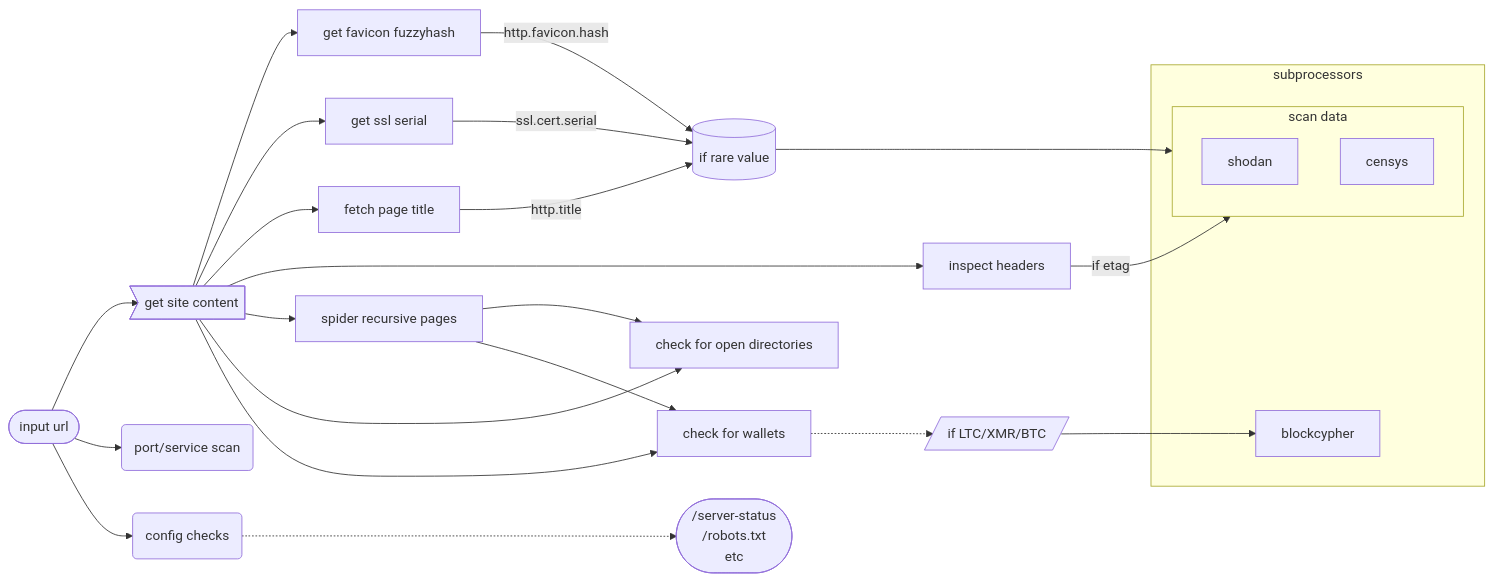
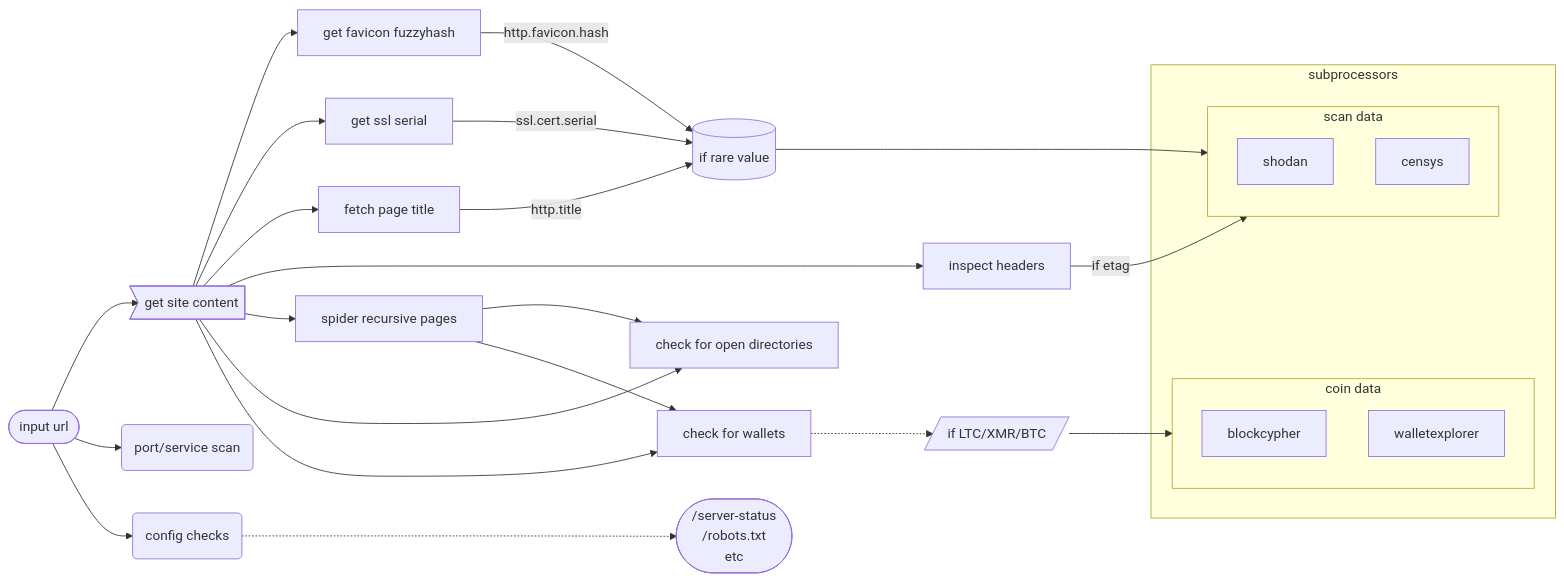
The diagram in README.md (joshhighet/bebop), drawn with Mermaid before and after one commit.

````diff
--- a/README.md
+++ b/README.md
@@ -11,34 +11,37 @@
 ```mermaid
 graph LR
     subgraph subprocessors
-    blockcypher
+        subgraph cryptocurrency[coin data]
+        blockcypher
+        walletexplorer
+        end
         subgraph netscans[scan data]
         shodan
         censys
         end
     end
     lookupsaver[(if rare value)]
     opndir[check for open directories]
     cryptoc[check for wallets]
     checks([/server-status\n/robots.txt\netc])
     anchor([input url]) -->mainget>get site content]
     anchor --> scan(port/service scan)
     anchor --> checker(config checks)
     checker -..-> checks
     mainget --> favicon[get favicon fuzzyhash]
     mainget --> sslserial[get ssl serial]
     sslserial --> |ssl.cert.serial| lookupsaver
     favicon --> |http.favicon.hash| lookupsaver
     mainget --> title[fetch page title]
     title --> |http.title| lookupsaver
     mainget --> headers[inspect headers]
     headers --> |if etag|netscans
     lookupsaver --> netscans
     mainget --> spider[spider recursive pages]
     mainget --> opndir
     spider --> opndir
     mainget --> cryptoc
     spider --> cryptoc
     cryptoc -..-> ifsupportedcoin[/if LTC/XMR/BTC/]
-    ifsupportedcoin --> blockcypher
+    ifsupportedcoin --> cryptocurrency
 ```
````
